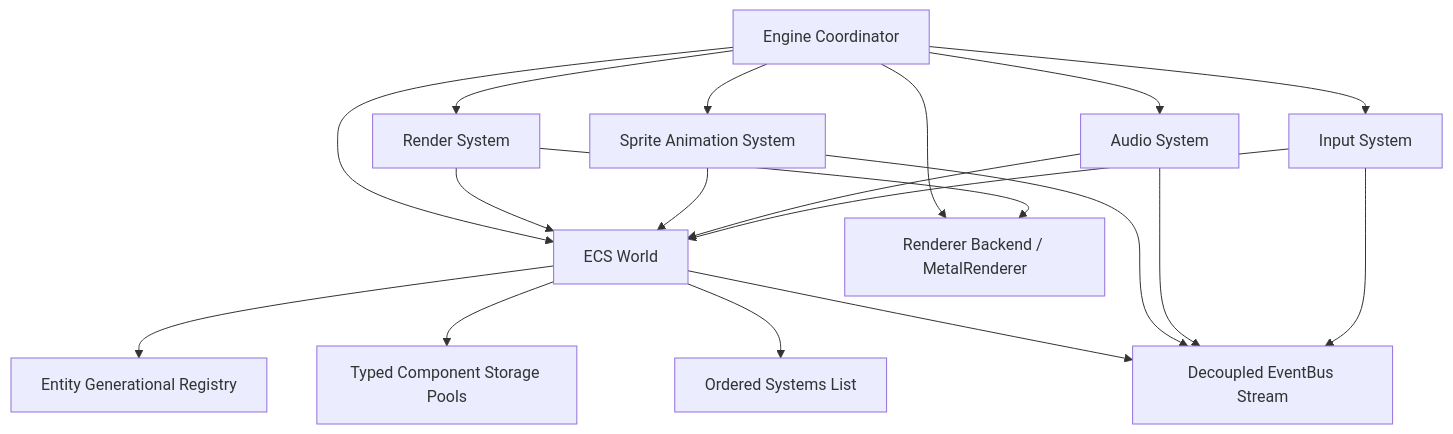
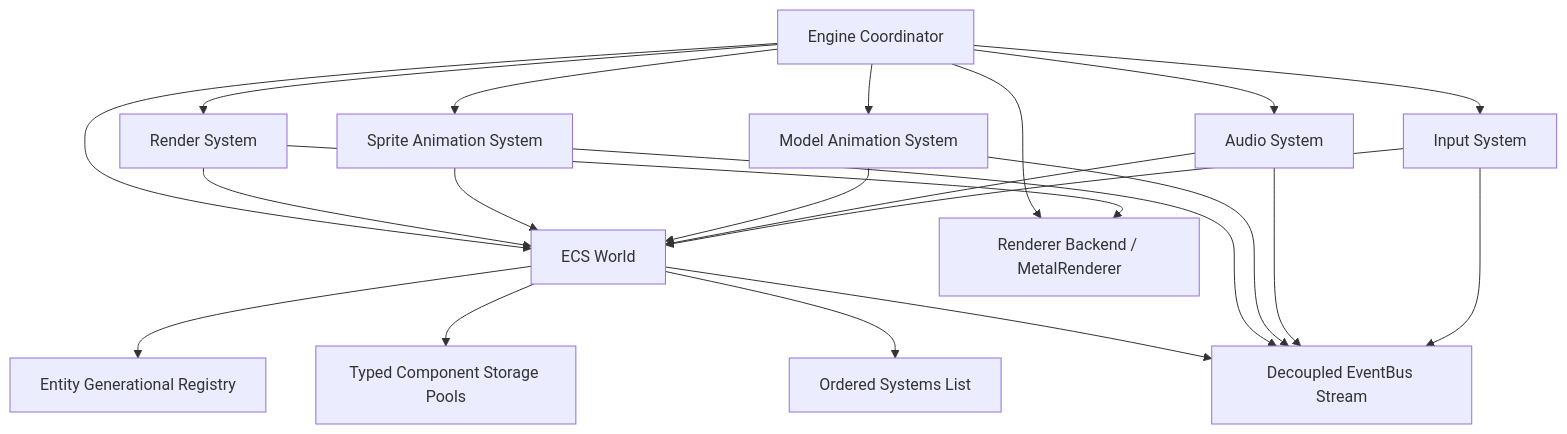
The diagram in .agents/skills/acorn-engine/SKILL.md (tsharju/AcornEngine), drawn with Mermaid before and after one commit. The commit also changed other lines of this file and 7 other files, not shown here.

Commit message:
docs: document 3D glTF model animation, cross-fade blending, and skill guides

````diff
--- a/.agents/skills/acorn-engine/SKILL.md
+++ b/.agents/skills/acorn-engine/SKILL.md
@@ -51,23 +51,26 @@
 ```mermaid
 graph TD
     Engine[Engine Coordinator] --> World[ECS World]
     Engine --> Renderer[Renderer Backend / MetalRenderer]
     Engine --> InputSystem[Input System]
     Engine --> AudioSystem[Audio System]
     Engine --> SpriteAnimationSystem[Sprite Animation System]
+    Engine --> ModelAnimationSystem[Model Animation System]
     Engine --> RenderSystem[Render System]
 
     World --> EntityRegistry[Entity Generational Registry]
     World --> ComponentPools[Typed Component Storage Pools]
     World --> SystemsList[Ordered Systems List]
     World --> EventBus[Decoupled EventBus Stream]
 
     RenderSystem --> World
     RenderSystem --> Renderer
     SpriteAnimationSystem --> World
     SpriteAnimationSystem --> EventBus
+    ModelAnimationSystem --> World
+    ModelAnimationSystem --> EventBus
     AudioSystem --> World
     AudioSystem --> EventBus
     InputSystem --> World
     InputSystem --> EventBus
 ```
````
